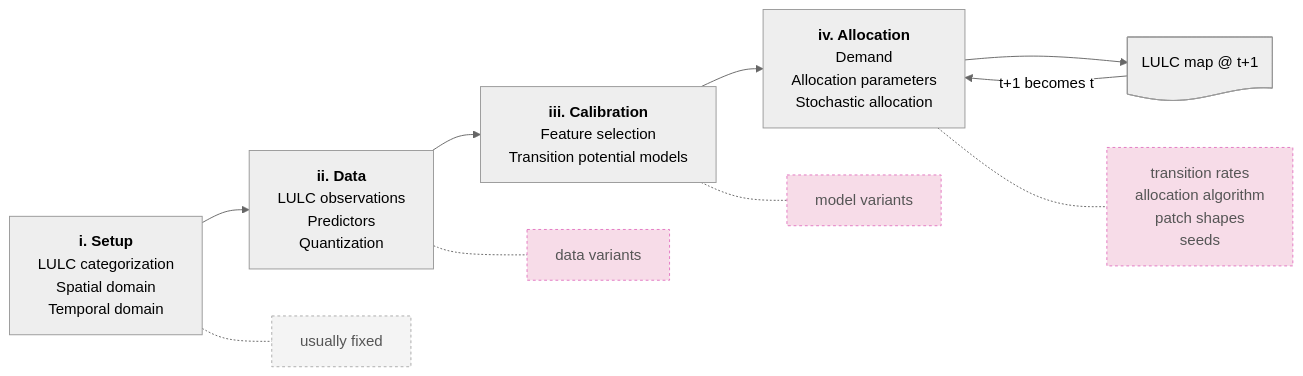
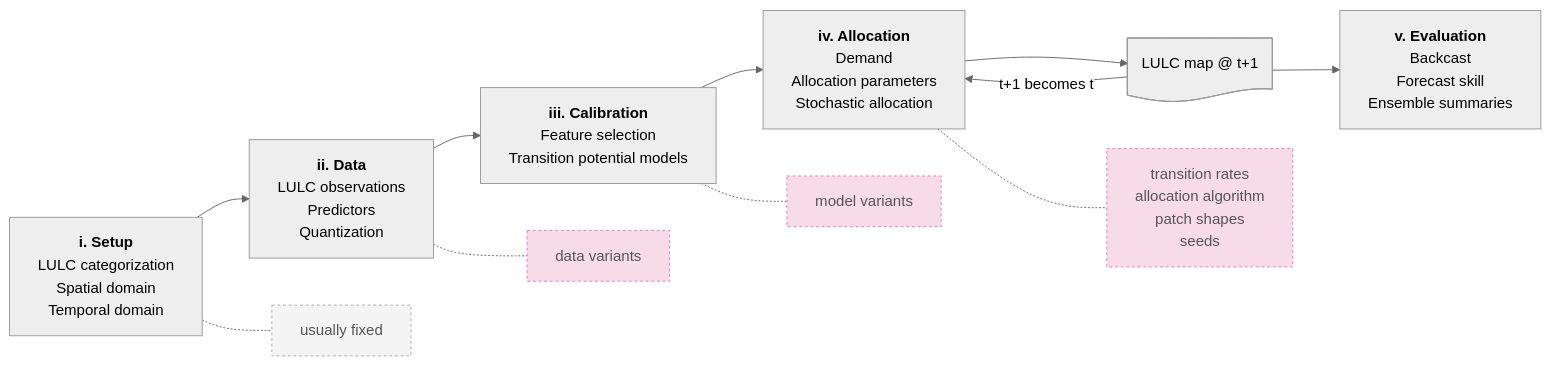
Before and after one commit to ethzplus/evoland-plus: the diagram in devdocs/design/workflow.md, drawn with Mermaid. The commit also changed other lines of this file, not shown here.

Commit message:
devdocs: add evaluation phase to the workflow graph
Claude-Session: https://claude.ai/code/session_016n8YmZ2STyFzBPci1X9Aaz

````diff
--- a/devdocs/design/workflow.md
+++ b/devdocs/design/workflow.md
@@ -6,29 +6,31 @@
 ```mermaid
 ---
 config:
   theme: neutral
 ---
 flowchart LR
     setup["<b>i. Setup</b><br>LULC categorization<br>Spatial domain<br>Temporal domain"]
     data["<b>ii. Data</b><br>LULC observations<br>Predictors<br>Quantization"]
     calibration["<b>iii. Calibration</b><br>Feature selection<br>Transition potential models"]
     allocation["<b>iv. Allocation</b><br>Demand<br>Allocation parameters<br>Stochastic allocation"]
     projection@{shape: doc, label: "LULC map @ t+1"}
+    evaluation["<b>v. Evaluation</b><br>Backcast<br>Forecast skill<br>Ensemble summaries"]
 
     setup --> data --> calibration --> allocation --> projection
     projection -->|"t+1 becomes t"| allocation
+    projection --> evaluation
 
     setup_variants["usually fixed"]
     data_variants["data variants"]
     model_variants["model variants"]
     allocation_variants["transition rates<br>allocation algorithm<br>patch shapes<br>seeds"]
     setup -.- setup_variants
     data -.- data_variants
     calibration -.- model_variants
     allocation -.- allocation_variants
 
     classDef variant fill:#f7dce8,stroke:#e377c2,stroke-dasharray:3 3,color:#555
     classDef fixed fill:#f4f4f4,stroke:#aaa,stroke-dasharray:3 3,color:#555
     class data_variants,model_variants,allocation_variants variant
     class setup_variants fixed
 ```
````
